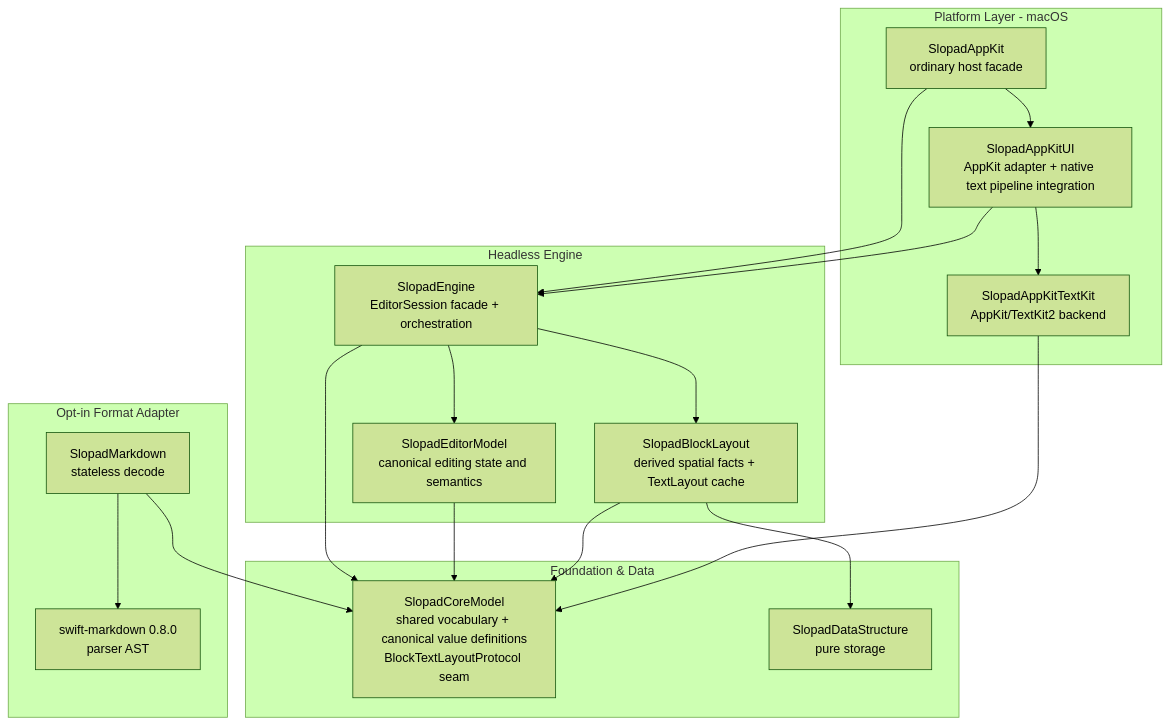
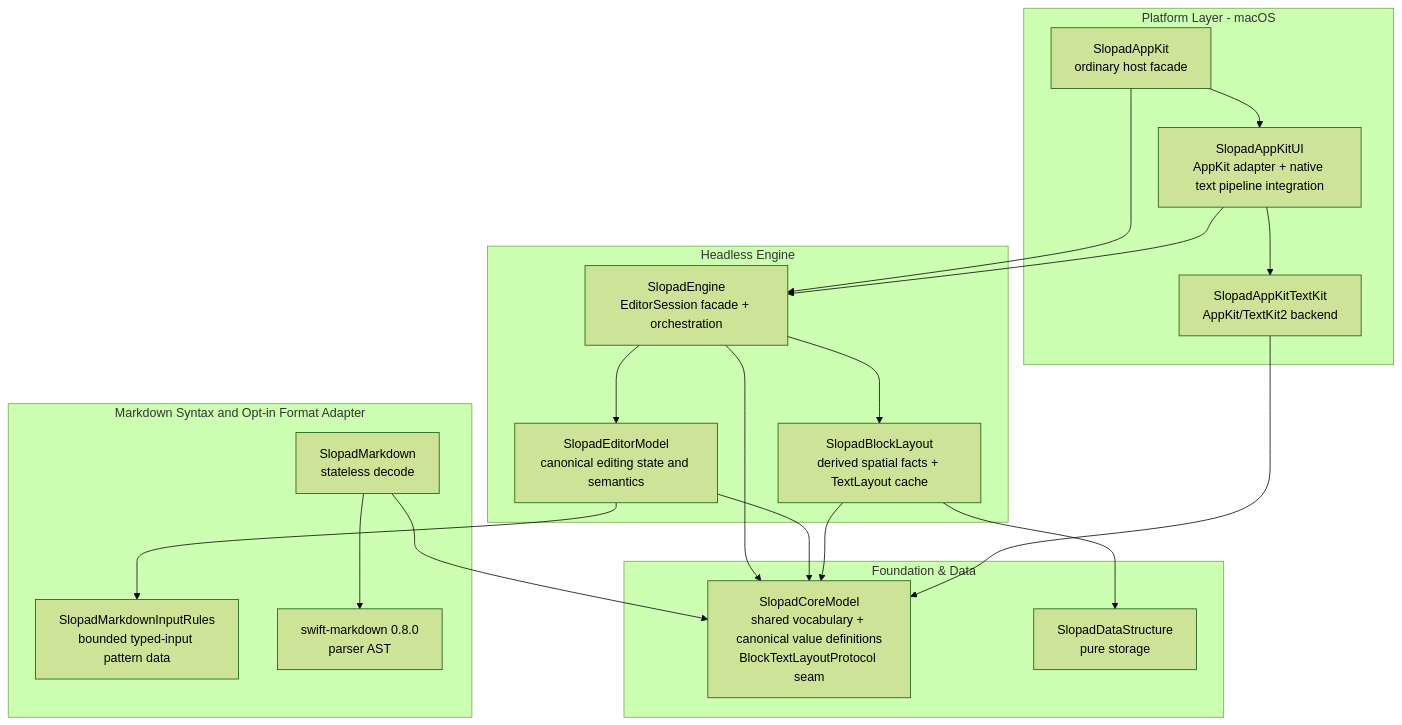
Before and after one commit to hot666666/SlopadEditor: the first of 7 diagrams in docs/ARCHITECTURE.md, drawn with Mermaid (forest theme). The commit also changed other lines of this file and 17 other files, not shown here.

Commit message:
feat(input): apply inline Markdown shortcuts

````diff
--- a/docs/ARCHITECTURE.md
+++ b/docs/ARCHITECTURE.md
@@ -20,40 +20,42 @@
 ```mermaid
 flowchart TB
     subgraph Platform["Platform Layer - macOS"]
         AppKit["SlopadAppKit<br/>ordinary host facade"]
         AppKitUI["SlopadAppKitUI<br/>AppKit adapter + native text pipeline integration"]
         AppKitTextKit["SlopadAppKitTextKit<br/>AppKit/TextKit2 backend"]
     end
 
     subgraph Headless["Headless Engine"]
         Engine["SlopadEngine<br/>EditorSession facade + orchestration"]
         EditorModel["SlopadEditorModel<br/>canonical editing state and semantics"]
         BlockLayout["SlopadBlockLayout<br/>derived spatial facts + TextLayout cache"]
     end
 
     subgraph Foundation["Foundation & Data"]
         CoreModel["SlopadCoreModel<br/>shared vocabulary + canonical value definitions<br/>BlockTextLayoutProtocol seam"]
         DataStructure["SlopadDataStructure<br/>pure storage"]
     end
 
-    subgraph Format["Opt-in Format Adapter"]
+    subgraph Format["Markdown Syntax and Opt-in Format Adapter"]
+        MarkdownInputRules["SlopadMarkdownInputRules<br/>bounded typed-input pattern data"]
         MarkdownAdapter["SlopadMarkdown<br/>stateless decode"]
         SwiftMarkdown["swift-markdown 0.8.0<br/>parser AST"]
     end
 
     AppKit --> AppKitUI
     AppKit --> Engine
     AppKitUI --> Engine
     AppKitUI --> AppKitTextKit
 
     Engine --> EditorModel
     Engine --> BlockLayout
     Engine --> CoreModel
 
     EditorModel --> CoreModel
+    EditorModel --> MarkdownInputRules
     BlockLayout --> CoreModel
     BlockLayout --> DataStructure
     AppKitTextKit --> CoreModel
     MarkdownAdapter --> CoreModel
     MarkdownAdapter --> SwiftMarkdown
 ```
````
